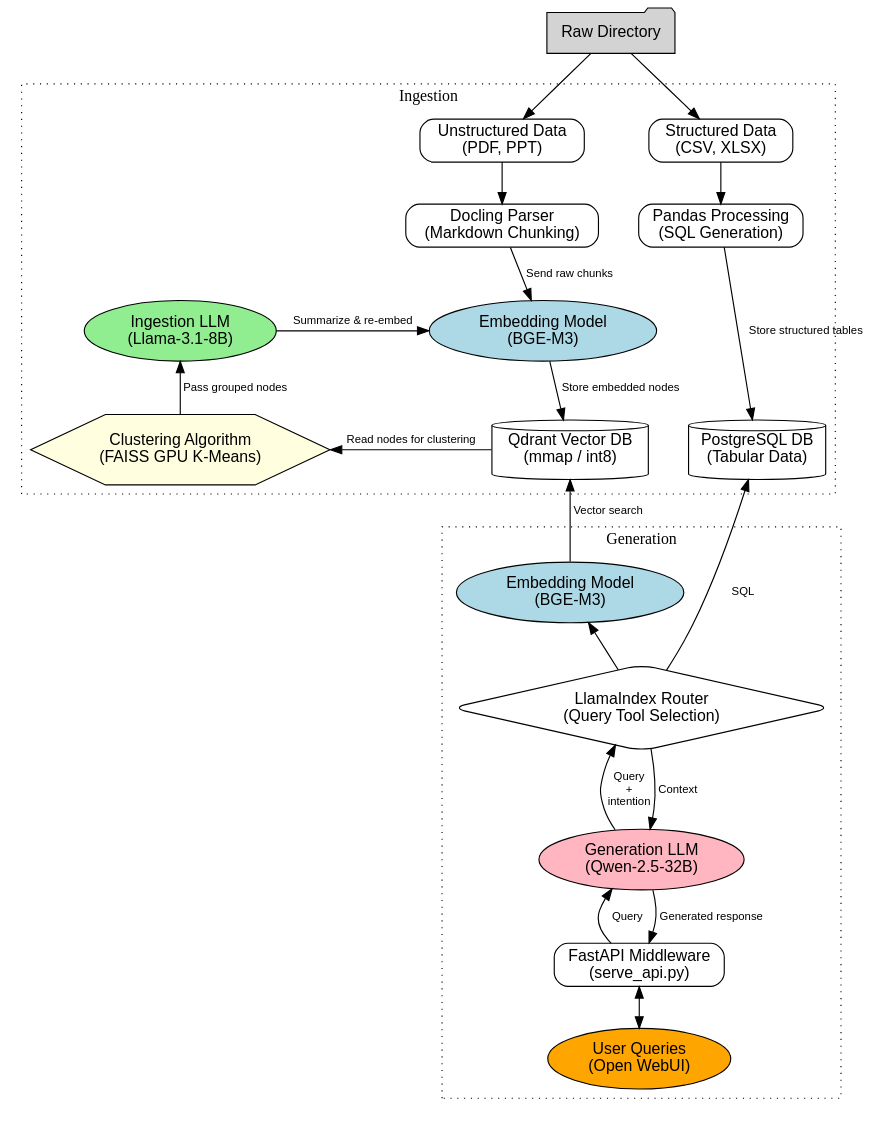
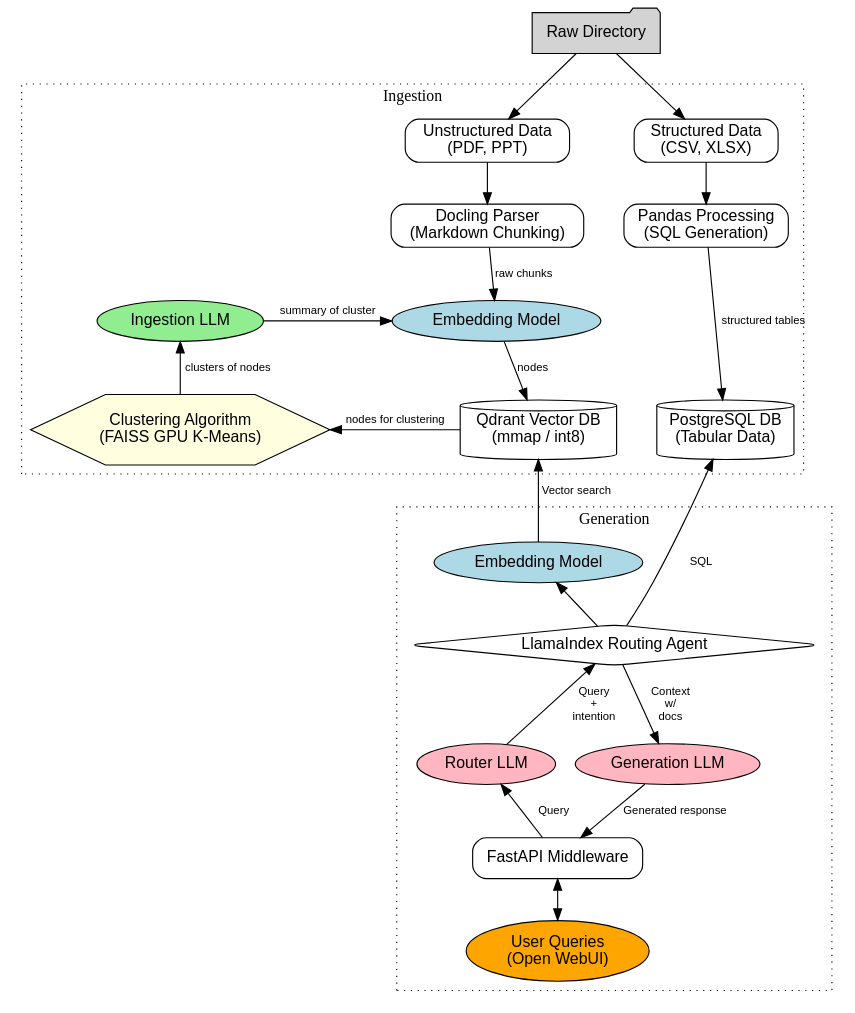
One commit to QRB-Labs/angol changed the diagram in angol-architecture.dot. Above: the diagram before and after it, drawn with Graphviz. The commit also changed 3 other files, not shown here.

Commit message:
update docs and diagram for router engine and router vs generator llm

```diff
--- a/angol-architecture.dot
+++ b/angol-architecture.dot
@@ -1,110 +1,114 @@
 digraph AngolEnterpriseAI {
     rankdir=TB;
     node [fontname="Helvetica", shape=box, style=rounded];
     edge [fontname="Helvetica", fontsize=10];
 
     // Top: Raw Data Start
     RawDir [label="Raw Directory", shape=folder, style=filled, fillcolor=lightgrey];
 
     subgraph cluster_pipeline {
 	label = "Ingestion";
 	style = dotted;
 
 	// Data Classification Level
 	{
 	    rank=same;
 	    // Forcing order: Unstructured (Left) -> Structured (Right)
 	    Unstructured [label="Unstructured Data\n(PDF, PPT)"];
 	    Structured [label="Structured Data\n(CSV, XLSX)"];
 	    Unstructured -> Structured [style=invis];
 	}
 
 	// Parsing Level
 	{
 	    rank=same;
 	    Docling [label="Docling Parser\n(Markdown Chunking)"];
 	    Pandas [label="Pandas Processing\n(SQL Generation)"];
 	    Docling -> Pandas [style=invis];
 	}
 
 	// Embed Level (Vertically between Parsing and DBs)
 	{
 	    rank=same;
 	    // Forcing order: IngestLLM (Far Left) -> EmbedModel (Middle)
-	    IngestLLM [label="Ingestion LLM\n(Llama-3.1-8B)", shape=ellipse, style=filled, fillcolor=lightgreen];
-	    IngestEmbedModel [label="Embedding Model\n(BGE-M3)", shape=ellipse, style=filled, fillcolor=lightblue];
+	    IngestLLM [label="Ingestion LLM", shape=ellipse, style=filled, fillcolor=lightgreen];
+	    IngestEmbedModel [label="Embedding Model", shape=ellipse, style=filled, fillcolor=lightblue];
 	    IngestLLM -> IngestEmbedModel [style=invis];
 	}
 
 	// Storage & Clustering Level
 	{
 	    rank=same;
 	    // Forcing order: FAISS (Far Left) -> Qdrant (Middle) -> Postgres (Right)
 	    FAISS [label="Clustering Algorithm\n(FAISS GPU K-Means)", shape=hexagon, style=filled, fillcolor=lightyellow];
 	    Qdrant [label="Qdrant Vector DB\n(mmap / int8)", shape=cylinder];
 	    Postgres [label="PostgreSQL DB\n(Tabular Data)", shape=cylinder];
 	    FAISS -> Qdrant -> Postgres [style=invis];
 	}
     }
 
     subgraph cluster_generation {
 	label = "Generation";
 	style = dotted;
 
-	Router [label="LlamaIndex Router\n(Query Tool Selection)", shape=diamond];
-	ServeEmbedModel [label="Embedding Model\n(BGE-M3)", shape=ellipse, style=filled, fillcolor=lightblue];
+	Router [label="LlamaIndex Routing Agent", shape=diamond];
+	ServeEmbedModel [label="Embedding Model", shape=ellipse, style=filled, fillcolor=lightblue];
 
-	// GenLLM ordered before FastAPI so it gets rendered higher up
-	GenLLM [label="Generation LLM\n(Qwen-2.5-32B)", shape=ellipse, style=filled, fillcolor=lightpink];
-	FastAPI [label="FastAPI Middleware\n(serve_api.py)"];
+	{
+	   rank=same;
+	   // GenLLM ordered before FastAPI so it gets rendered higher up
+	   RouterLLM [label="Router LLM", shape=ellipse, style=filled, fillcolor=lightpink];
+	    GenLLM [label="Generation LLM", shape=ellipse, style=filled, fillcolor=lightpink];
+	 }
+	FastAPI [label="FastAPI Middleware"];
 
 	UserQuery [label="User Queries\n(Open WebUI)", shape=oval, style=filled, fillcolor=orange];
     }
 
 
     // --- EDGES & FLOW ---
 
     // 1. Initial Splits
     RawDir -> Unstructured;
     RawDir -> Structured;
 
     // 2. The Structured Path (Right Side Vertical Spine)
     Structured -> Pandas [weight=10];
-    Pandas -> Postgres [weight=10, label="Store structured tables"];
+    Pandas -> Postgres [weight=10, label="structured tables"];
 
     // 3. The Unstructured Path (Middle Strict Vertical Spine)
     Unstructured -> Docling [weight=10];
-    Docling -> IngestEmbedModel [weight=10, label="Send raw chunks"];
-    IngestEmbedModel -> Qdrant [weight=10, label="Store embedded nodes"];
+    Docling -> IngestEmbedModel [weight=10, label="raw chunks"];
+    IngestEmbedModel -> Qdrant [weight=10, label="nodes"];
 
     // 4. The RAPTOR Loop (Far Left Spine)
     // We use dir=back to draw the arrow from Qdrant to FAISS while ensuring FAISS stays left
-    FAISS -> Qdrant [dir=back, label="Read nodes for clustering"];
+    FAISS -> Qdrant [dir=back, label="nodes for clustering"];
 
     // IngestLLM stays straight above FAISS
-    IngestLLM -> FAISS [dir=back, weight=10, label="Pass grouped nodes"];
+    IngestLLM -> FAISS [dir=back, weight=10, label="clusters of nodes"];
 
     // Feeds horizontally from IngestLLM (Left) to Embed Model (Middle)
-    IngestLLM -> IngestEmbedModel [label="Summarize & re-embed"];
+    IngestLLM -> IngestEmbedModel [label="summary of cluster"];
 
 
     // --- SERVING & GENERATION ---
 
     // 5. DBs pass context down to the Router
     Postgres -> Router [dir=back, label="SQL"];
     Qdrant -> ServeEmbedModel [dir=back, weight=10, label="Vector search"];
 
     // Router embedding call (separate copy for serving)
     ServeEmbedModel -> Router [dir=back];
 
     // 6. Router to GenLLM
-    Router -> GenLLM [dir=back, weight=10, label="Query\n+\nintention"];
-    Router -> GenLLM [dir=forward, weight=10, label=" Context"];
+    Router -> RouterLLM [dir=back, weight=10, label="Query\n+\nintention"];
+    Router -> GenLLM [dir=forward, weight=10, label="Context\nw/\ndocs"];
 
     // 7. Generation LLM to Middleware (Structuring it GenLLM->FastAPI forces FastAPI below)
-    GenLLM -> FastAPI [dir=back, weight=10, label="Query	"];
+    RouterLLM -> FastAPI [dir=back, weight=10, label="Query	"];
     GenLLM -> FastAPI [dir=forward, weight=10, label="Generated response"];
 
     // 8. Middleware to User (Bottom Vertical Spine)
     FastAPI -> UserQuery [dir=both, weight=10]
 }
```
